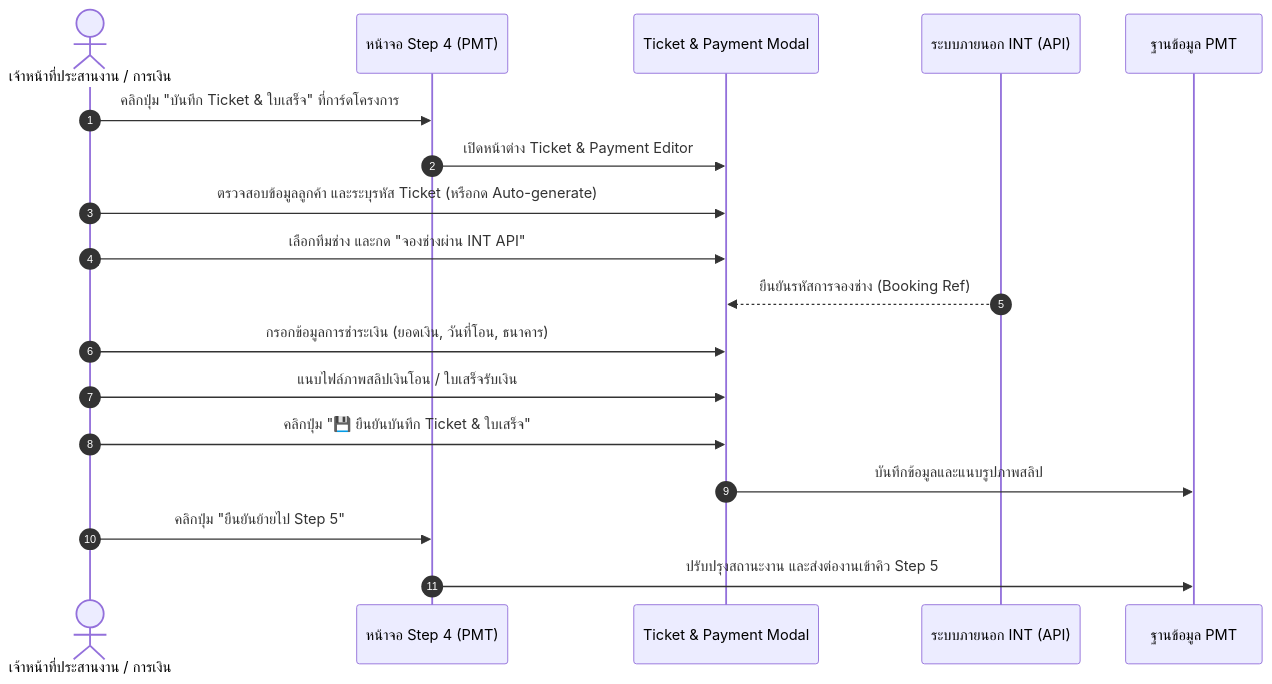
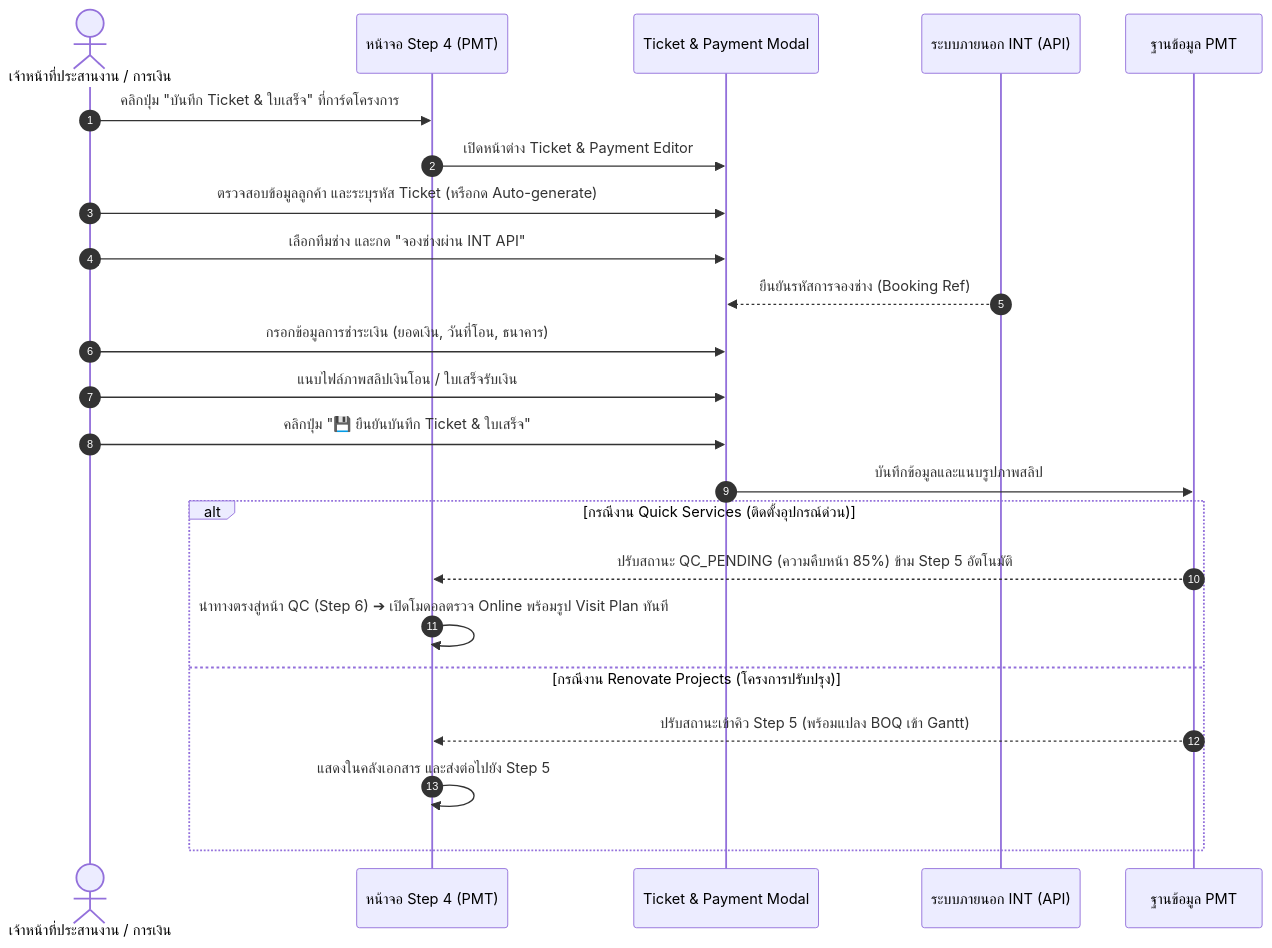
Before and after one commit to isarachootip/pmt_flow: the second of 2 diagrams in doc/คู่มือการใช้งาน_Step4_บันทึกTicketและใบเสร็จ.md, drawn with Mermaid. The commit also changed other lines of this file and 6 other files, not shown here.

Commit message:
docs: enforce mandatory online manual updates in pmt_flow_skill.md and sync Step 4-6 docs with quick qc flow

````diff
--- a/doc/คู่มือการใช้งาน_Step4_บันทึกTicketและใบเสร็จ.md
+++ b/doc/คู่มือการใช้งาน_Step4_บันทึกTicketและใบเสร็จ.md
@@ -81,21 +81,26 @@
 ```mermaid
 sequenceDiagram
     autonumber
     actor User as เจ้าหน้าที่ประสานงาน / การเงิน
     participant UI as หน้าจอ Step 4 (PMT)
     participant Modal as Ticket & Payment Modal
     participant INT as ระบบภายนอก INT (API)
     participant DB as ฐานข้อมูล PMT
 
     User->>UI: คลิกปุ่ม "บันทึก Ticket & ใบเสร็จ" ที่การ์ดโครงการ
     UI->>Modal: เปิดหน้าต่าง Ticket & Payment Editor
     User->>Modal: ตรวจสอบข้อมูลลูกค้า และระบุรหัส Ticket (หรือกด Auto-generate)
     User->>Modal: เลือกทีมช่าง และกด "จองช่างผ่าน INT API"
     INT-->>Modal: ยืนยันรหัสการจองช่าง (Booking Ref)
     User->>Modal: กรอกข้อมูลการชำระเงิน (ยอดเงิน, วันที่โอน, ธนาคาร)
     User->>Modal: แนบไฟล์ภาพสลิปเงินโอน / ใบเสร็จรับเงิน
     User->>Modal: คลิกปุ่ม "💾 ยืนยันบันทึก Ticket & ใบเสร็จ"
     Modal->>DB: บันทึกข้อมูลและแนบรูปภาพสลิป
-    User->>UI: คลิกปุ่ม "ยืนยันย้ายไป Step 5"
-    UI->>DB: ปรับปรุงสถานะงาน และส่งต่องานเข้าคิว Step 5
+    alt กรณีงาน Quick Services (ติดตั้งอุปกรณ์ด่วน)
+        DB-->>UI: ปรับสถานะ QC_PENDING (ความคืบหน้า 85%) ข้าม Step 5 อัตโนมัติ
+        UI->>UI: นำทางตรงสู่หน้า QC (Step 6) ➔ เปิดโมดอลตรวจ Online พร้อมรูป Visit Plan ทันที
+    else กรณีงาน Renovate Projects (โครงการปรับปรุง)
+        DB-->>UI: ปรับสถานะเข้าคิว Step 5 (พร้อมแปลง BOQ เข้า Gantt)
+        UI->>UI: แสดงในคลังเอกสาร และส่งต่อไปยัง Step 5
+    end
 ```
````
